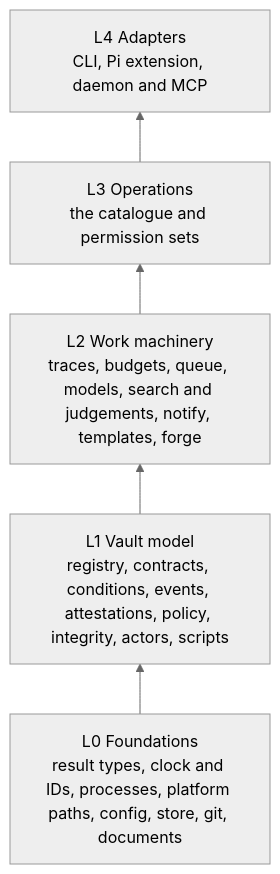
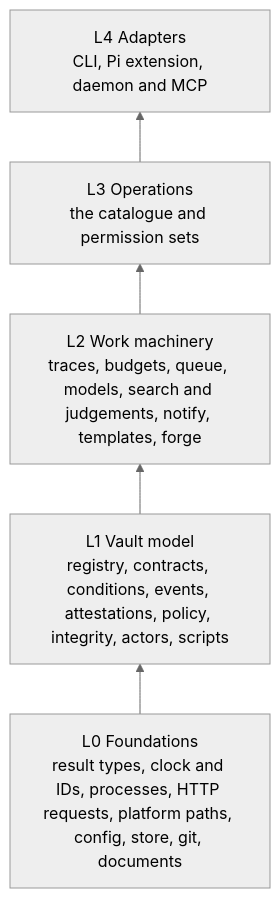
The diagram in docs/agents/implementation-plan.md (jerryjvl/pi-active-vaults), drawn with Mermaid (neutral theme) before and after one commit. The commit also changed other lines of this file and 6 other files, not shown here.

First line of the commit message:
fix(models): never follow redirects; one http module for requests

````diff
--- a/docs/agents/implementation-plan.md
+++ b/docs/agents/implementation-plan.md
@@ -24,9 +24,9 @@
 ```mermaid
 flowchart BT
-  L0[L0 Foundations<br/>result types, clock and IDs, processes, platform paths, config, store, git, documents]
+  L0[L0 Foundations<br/>result types, clock and IDs, processes, HTTP requests, platform paths, config, store, git, documents]
   L1[L1 Vault model<br/>registry, contracts, conditions, events, attestations, policy, integrity, actors, scripts]
   L2[L2 Work machinery<br/>traces, budgets, queue, models, search and judgements, notify, templates, forge]
   L3[L3 Operations<br/>the catalogue and permission sets]
   L4[L4 Adapters<br/>CLI, Pi extension, daemon and MCP]
   L0 --> L1 --> L2 --> L3 --> L4
 ```
````
